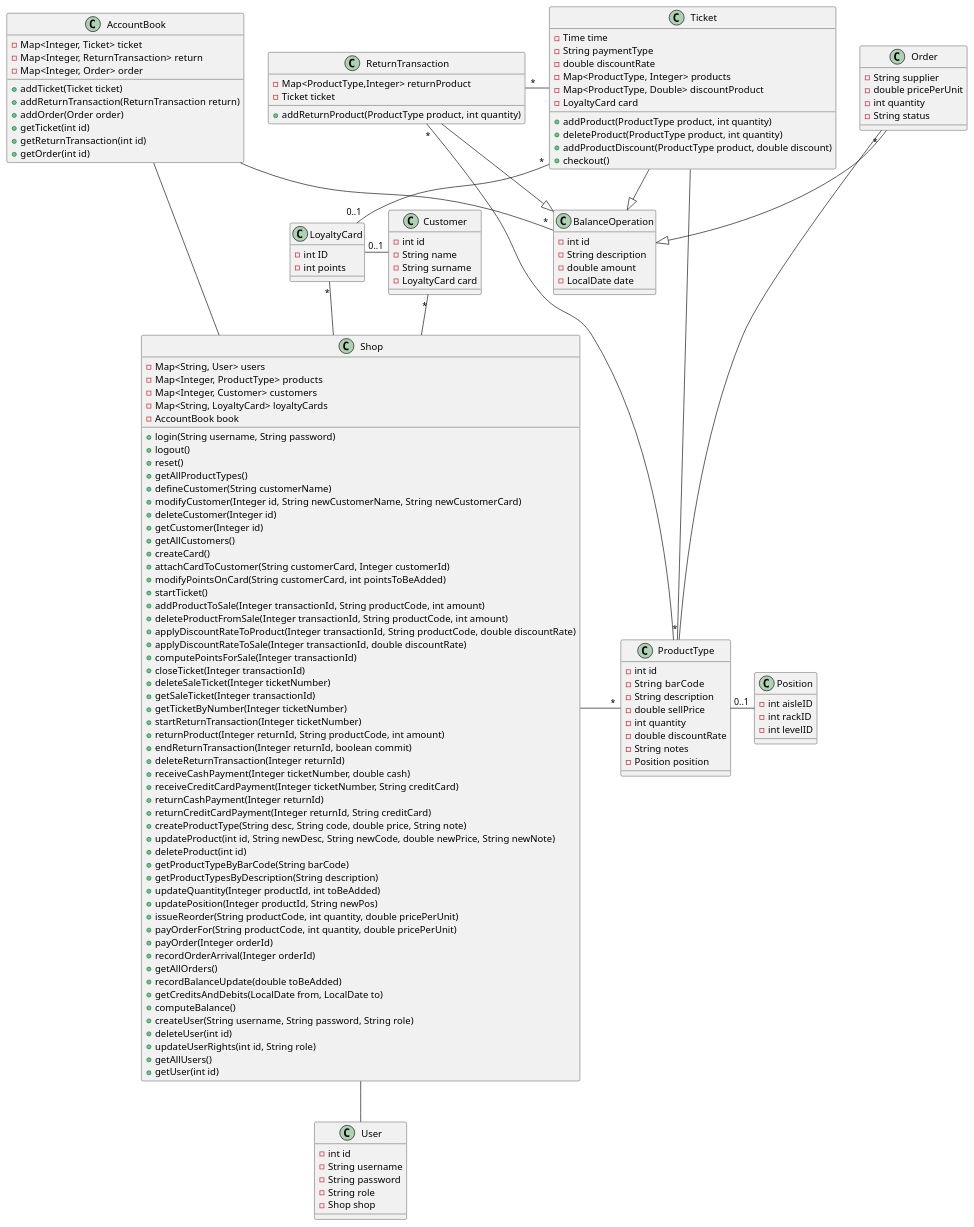
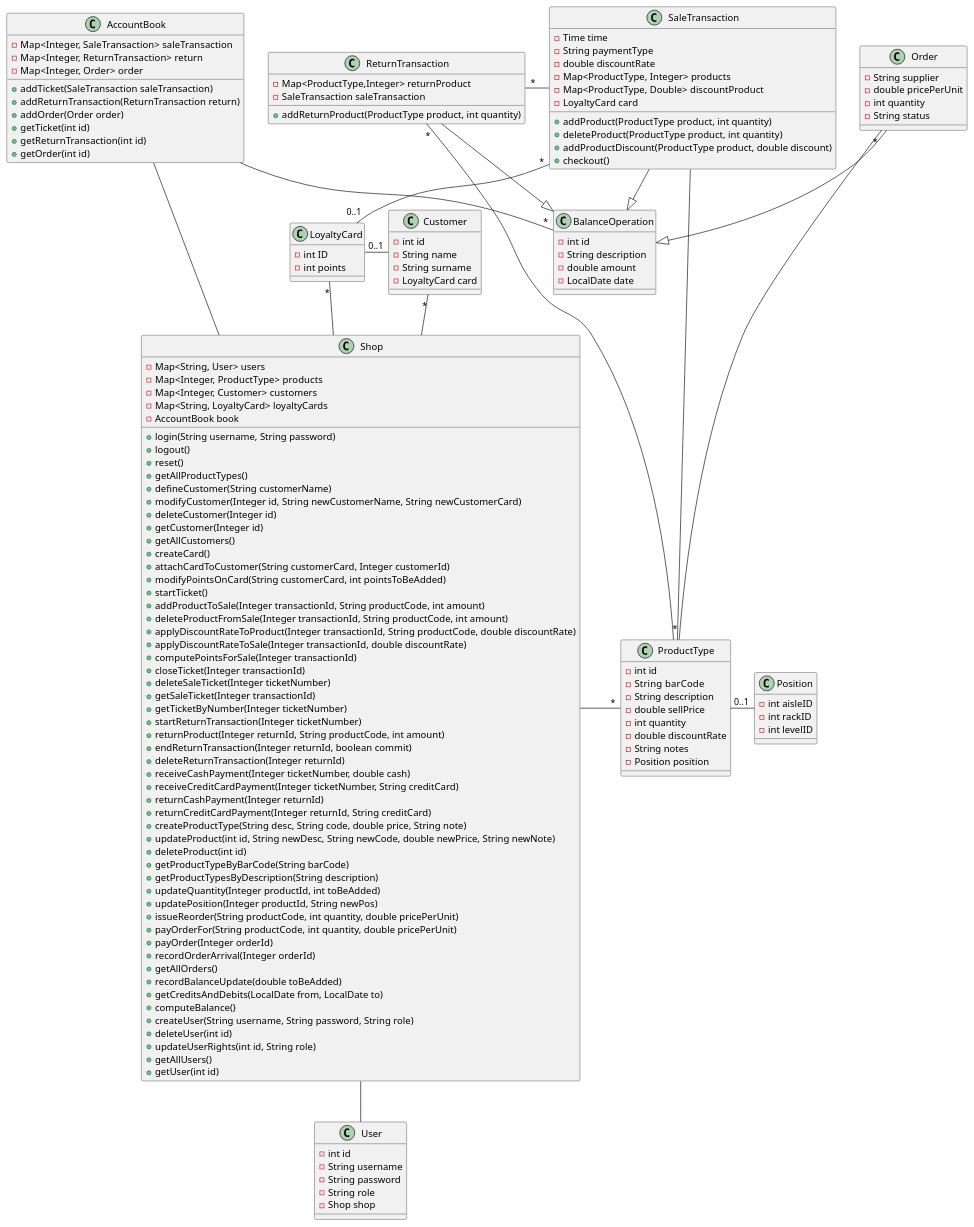
One commit to BMike10/EzShop changed the second of 2 diagrams in Deliverables/DesignDocument.md. Above: the diagram before and after it, drawn with PlantUML. The commit also changed other lines of this file and 1 other file, not shown here.

Commit message:
Doc: Updated Estimation(not completed), Fixed Class Diagram, Completed Verification traceability matrix

```diff
--- a/Deliverables/DesignDocument.md
+++ b/Deliverables/DesignDocument.md
@@ -118,11 +118,11 @@
 
 
 class AccountBook { 
-    - Map<Integer, Ticket> ticket
+    - Map<Integer, SaleTransaction> saleTransaction
     - Map<Integer, ReturnTransaction> return
     - Map<Integer, Order> order
     '  methods
-    + addTicket(Ticket ticket)
+    + addTicket(SaleTransaction saleTransaction)
     + addReturnTransaction(ReturnTransaction return)
     + addOrder(Order order)
     + getTicket(int id)
@@ -149,7 +149,7 @@
 'class Sale
 'class Return
 Order --|> BalanceOperation
-Ticket --|> BalanceOperation
+SaleTransaction --|> BalanceOperation
 'Order --|> Debit
 'Sale --|> Credit
 'Return --|> Debit
@@ -168,7 +168,7 @@
 
 Shop - "*" ProductType
 
-class Ticket {
+class SaleTransaction {
     - Time time
     - String paymentType
     - double discountRate
@@ -181,7 +181,7 @@
     + checkout() 
 
 }
-Ticket - "*" ProductType
+SaleTransaction - "*" ProductType
 
 
 class LoyaltyCard {
@@ -200,7 +200,7 @@
 
 LoyaltyCard "*"-- Shop
 Customer "*"-- Shop
-Ticket "*" -- "0..1" LoyaltyCard
+SaleTransaction "*" -- "0..1" LoyaltyCard
 
 
 
@@ -224,13 +224,13 @@
 
 class ReturnTransaction {
   -Map<ProductType,Integer> returnProduct
-  -Ticket ticket
+  -SaleTransaction saleTransaction
   + addReturnProduct(ProductType product, int quantity)
 
 }
 
 ReturnTransaction --|> BalanceOperation
-ReturnTransaction "*" - Ticket
+ReturnTransaction "*" - SaleTransaction
 ReturnTransaction "*" - ProductType
 
 @enduml
```
